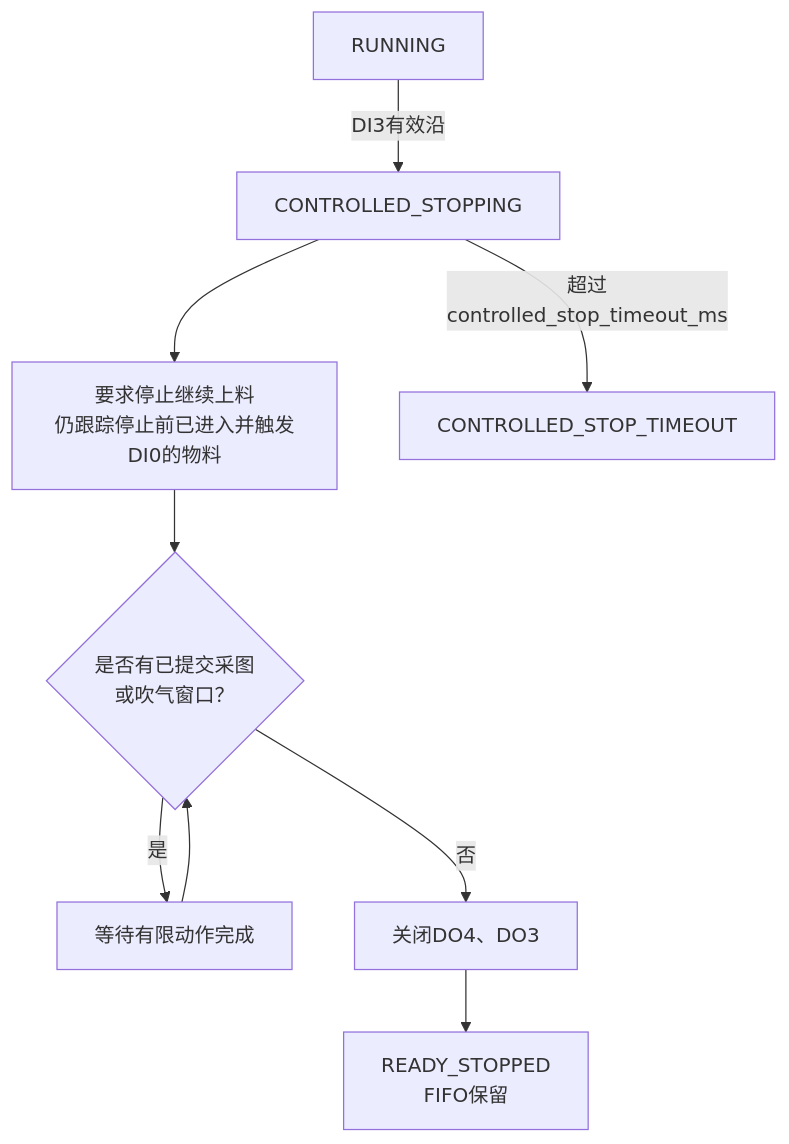
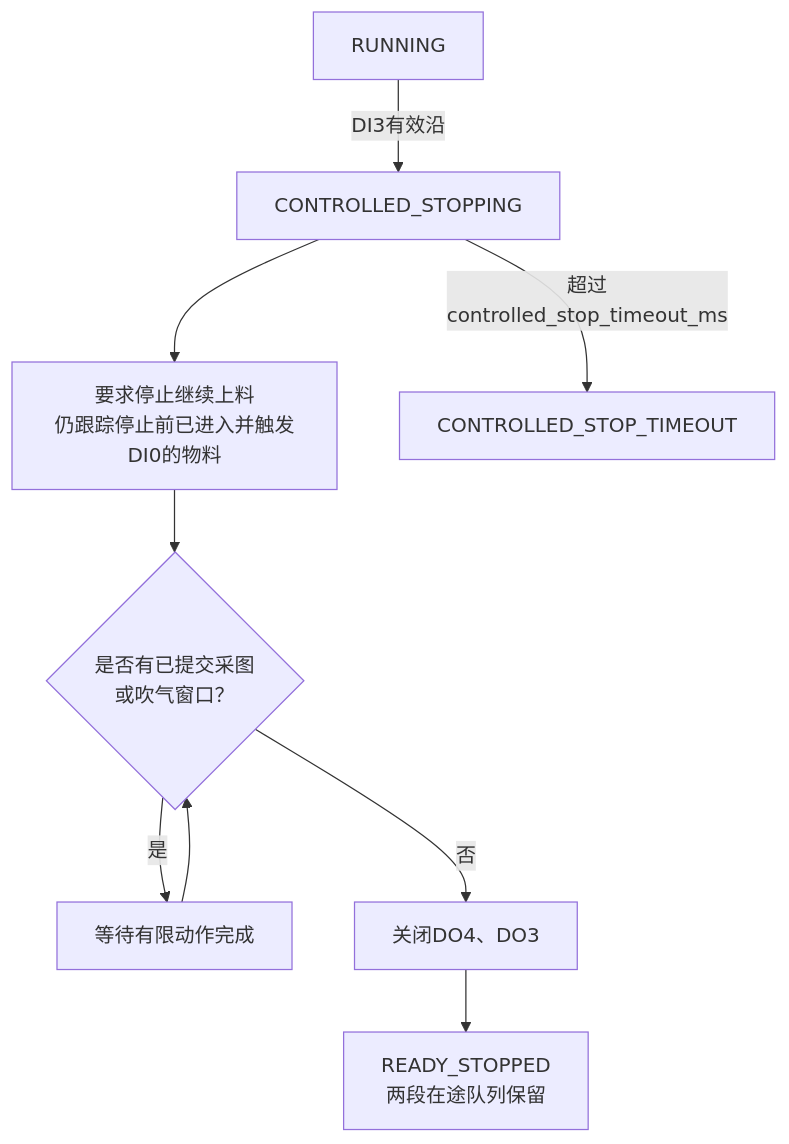
The fifth of 12 diagrams in 皮带线IO控制架构与代码流程说明.md (wulili200709/EmbeddingTest), drawn with Mermaid before and after one commit. The commit also changed other lines of this file and 8 other files, not shown here.

````diff
--- a/皮带线IO控制架构与代码流程说明.md
+++ b/皮带线IO控制架构与代码流程说明.md
@@ -424,11 +458,11 @@
 ```mermaid
 flowchart TD
     A["RUNNING"] -->|"DI3有效沿"| B["CONTROLLED_STOPPING"]
     B --> C["要求停止继续上料<br/>仍跟踪停止前已进入并触发DI0的物料"]
     C --> D{"是否有已提交采图<br/>或吹气窗口？"}
     D -->|"是"| E["等待有限动作完成"]
     E --> D
     D -->|"否"| F["关闭DO4、DO3"]
-    F --> G["READY_STOPPED<br/>FIFO保留"]
+    F --> G["READY_STOPPED<br/>两段在途队列保留"]
     B -->|"超过controlled_stop_timeout_ms"| H["CONTROLLED_STOP_TIMEOUT"]
 ```
````
